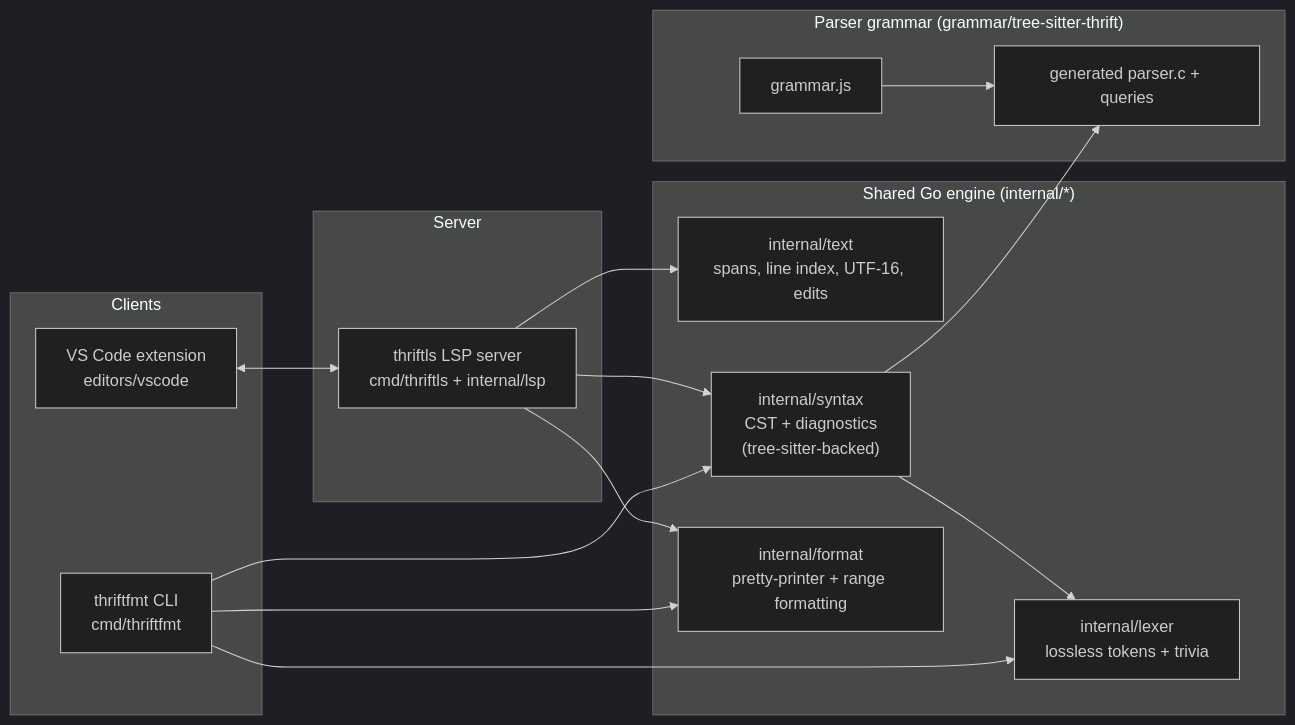
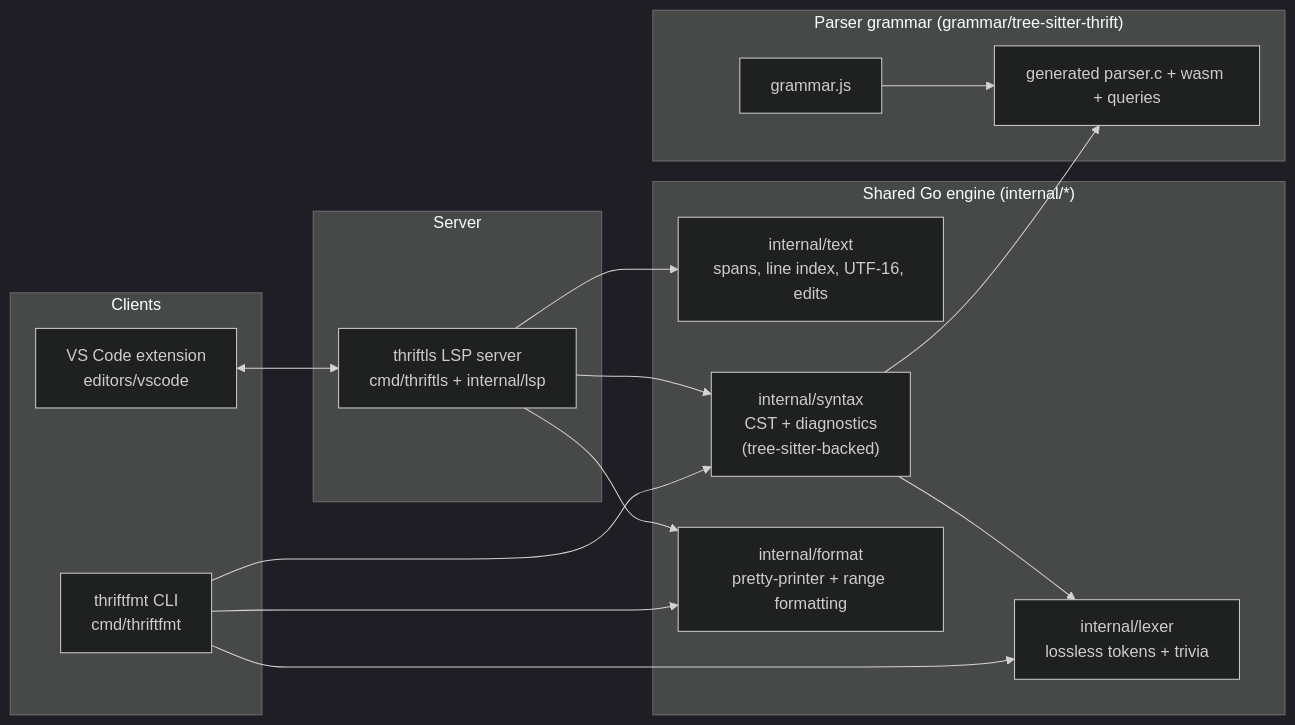
Before and after one commit to kpumuk/thrift-weaver: the first of 3 diagrams in docs/architecture.md, drawn with Mermaid (dark theme). The commit also changed other lines of this file and 6 other files, not shown here.

````diff
--- a/docs/architecture.md
+++ b/docs/architecture.md
@@ -17,34 +17,34 @@
 ```mermaid
 flowchart LR
   subgraph Clients
     CLI["thriftfmt CLI<br/>cmd/thriftfmt"]
     VSC["VS Code extension<br/>editors/vscode"]
   end
 
   subgraph Server
     LSP["thriftls LSP server<br/>cmd/thriftls + internal/lsp"]
   end
 
   subgraph Engine["Shared Go engine (internal/*)"]
     TXT["internal/text<br/>spans, line index, UTF-16, edits"]
     LEX["internal/lexer<br/>lossless tokens + trivia"]
     SYN["internal/syntax<br/>CST + diagnostics<br/>(tree-sitter-backed)"]
     FMT["internal/format<br/>pretty-printer + range formatting"]
   end
 
   subgraph Grammar["Parser grammar (grammar/tree-sitter-thrift)"]
     TSJS["grammar.js"]
-    TSC["generated parser.c + queries"]
+    TSC["generated parser.c + wasm + queries"]
   end
 
   CLI --> FMT
   CLI --> SYN
   CLI --> LEX
   LSP --> FMT
   LSP --> SYN
   LSP --> TXT
   VSC <--> LSP
   SYN --> LEX
   SYN --> TSC
   TSJS --> TSC
 ```
````
